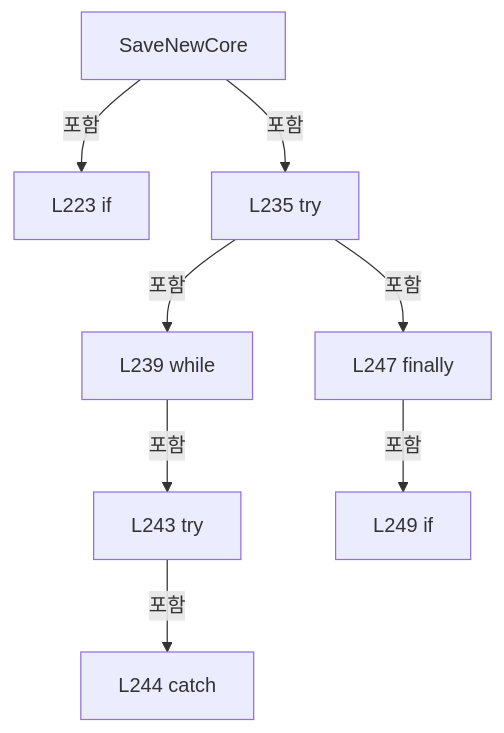
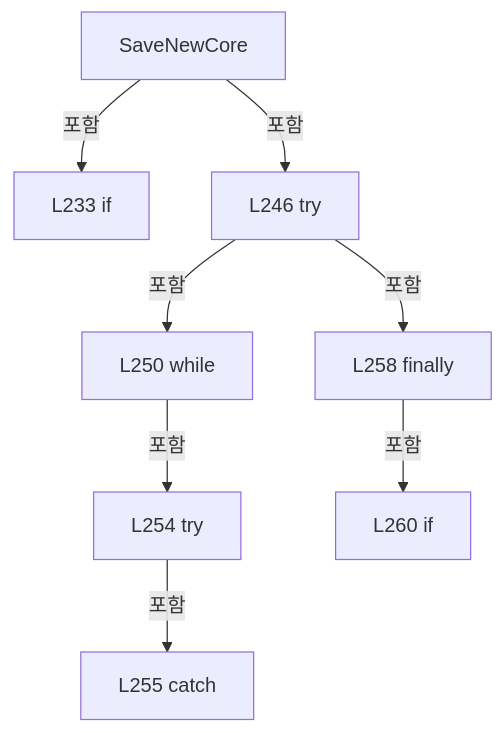
Before and after one commit to kjuws10-rgb/Shared: the sixth of 19 diagrams in A3 LD Code Ref/files/Drilling.File/ReviewOffset/CReviewOffsetFile.cs.md, drawn with Mermaid. The commit also changed other lines of this file and 2071 other files, not shown here.

Commit message:
docs(a3): update 11.19.0 architecture and code reference

````diff
--- a/A3 LD Code Ref/files/Drilling.File/ReviewOffset/CReviewOffsetFile.cs.md
+++ b/A3 LD Code Ref/files/Drilling.File/ReviewOffset/CReviewOffsetFile.cs.md
@@ -874,18 +895,18 @@
 ```mermaid
 flowchart TD
  M["SaveNewCore"]
- N0["L223 if"]
+ N0["L233 if"]
  M -->|포함| N0
- N1["L235 try"]
+ N1["L246 try"]
  M -->|포함| N1
- N2["L239 while"]
+ N2["L250 while"]
  N1 -->|포함| N2
- N3["L243 try"]
+ N3["L254 try"]
  N2 -->|포함| N3
- N4["L244 catch"]
+ N4["L255 catch"]
  N3 -->|포함| N4
- N5["L247 finally"]
+ N5["L258 finally"]
  N1 -->|포함| N5
- N6["L249 if"]
+ N6["L260 if"]
  N5 -->|포함| N6
 ```
````
